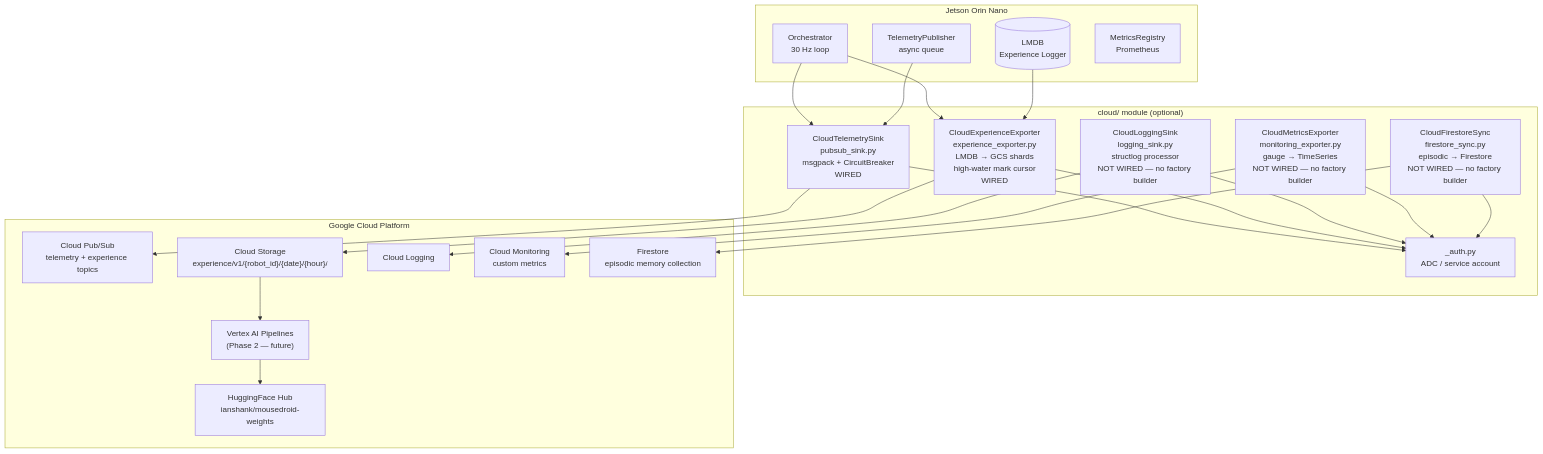
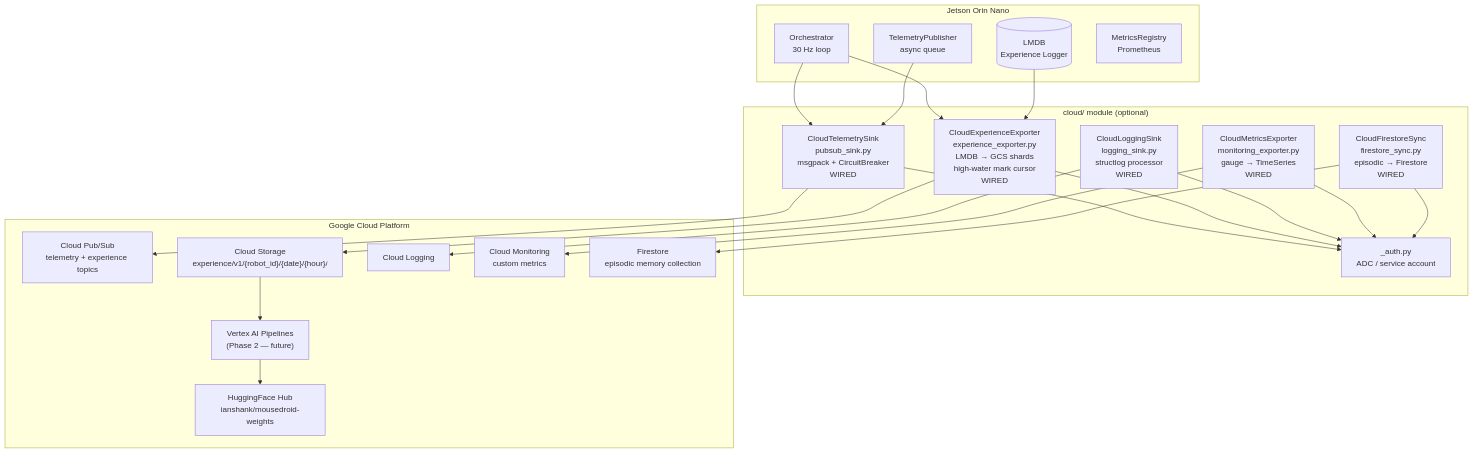
One commit to ianshank/Mouse-Droid-AGI changed the ninth of 21 diagrams in docs/architecture.md. Above: the diagram before and after it, drawn with Mermaid. The commit also changed other lines of this file and 24 other files, not shown here.

````diff
--- a/docs/architecture.md
+++ b/docs/architecture.md
@@ -446,47 +449,47 @@
 ```mermaid
 graph TD
     subgraph Jetson["Jetson Orin Nano"]
         Orchestrator["Orchestrator\n30 Hz loop"]
         ExperienceDB[("LMDB\nExperience Logger")]
         TelemetryPub["TelemetryPublisher\nasync queue"]
         MetricsReg["MetricsRegistry\nPrometheus"]
     end
 
     subgraph CloudModule["cloud/ module (optional)"]
         PubSubSink["CloudTelemetrySink\npubsub_sink.py\nmsgpack + CircuitBreaker\nWIRED"]
         GCSExporter["CloudExperienceExporter\nexperience_exporter.py\nLMDB → GCS shards\nhigh-water mark cursor\nWIRED"]
-        LogSink["CloudLoggingSink\nlogging_sink.py\nstructlog processor\nNOT WIRED — no factory builder"]
-        MonExporter["CloudMetricsExporter\nmonitoring_exporter.py\ngauge → TimeSeries\nNOT WIRED — no factory builder"]
-        FireSync["CloudFirestoreSync\nfirestore_sync.py\nepisodic → Firestore\nNOT WIRED — no factory builder"]
+        LogSink["CloudLoggingSink\nlogging_sink.py\nstructlog processor\nWIRED"]
+        MonExporter["CloudMetricsExporter\nmonitoring_exporter.py\ngauge → TimeSeries\nWIRED"]
+        FireSync["CloudFirestoreSync\nfirestore_sync.py\nepisodic → Firestore\nWIRED"]
         Auth["_auth.py\nADC / service account"]
     end
 
     subgraph GCP["Google Cloud Platform"]
         PubSub["Cloud Pub/Sub\ntelemetry + experience topics"]
         GCS["Cloud Storage\nexperience/v1/{robot_id}/{date}/{hour}/"]
         CloudLog["Cloud Logging"]
         CloudMon["Cloud Monitoring\ncustom metrics"]
         Firestore["Firestore\nepisodic memory collection"]
         VertexAI["Vertex AI Pipelines\n(Phase 2 — future)"]
         HFHub["HuggingFace Hub\nianshank/mousedroid-weights"]
     end
 
     Orchestrator --> PubSubSink
     Orchestrator --> GCSExporter
     ExperienceDB --> GCSExporter
     TelemetryPub --> PubSubSink
 
     PubSubSink --> PubSub
     GCSExporter --> GCS
     LogSink --> CloudLog
     MonExporter --> CloudMon
     FireSync --> Firestore
     GCS --> VertexAI
     VertexAI --> HFHub
 
     PubSubSink --> Auth
     GCSExporter --> Auth
     LogSink --> Auth
     MonExporter --> Auth
     FireSync --> Auth
 ```
````
